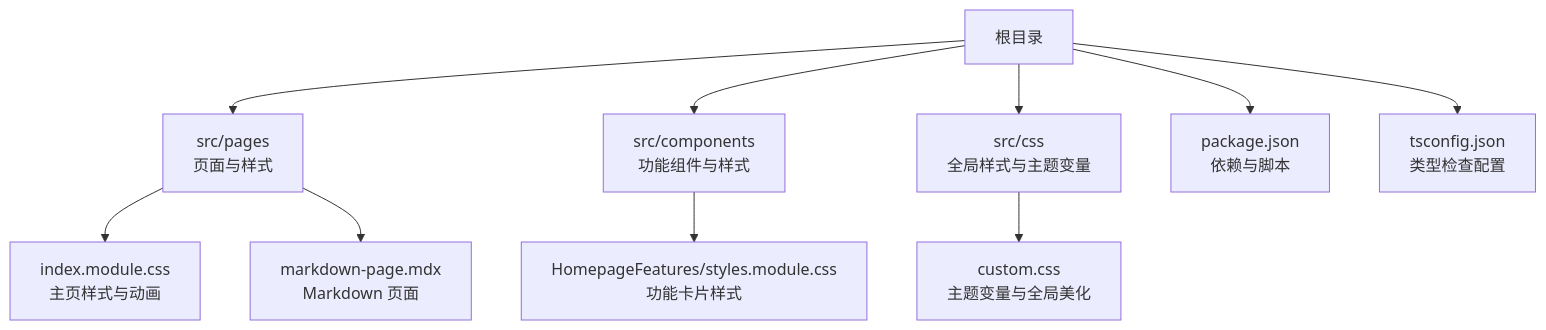
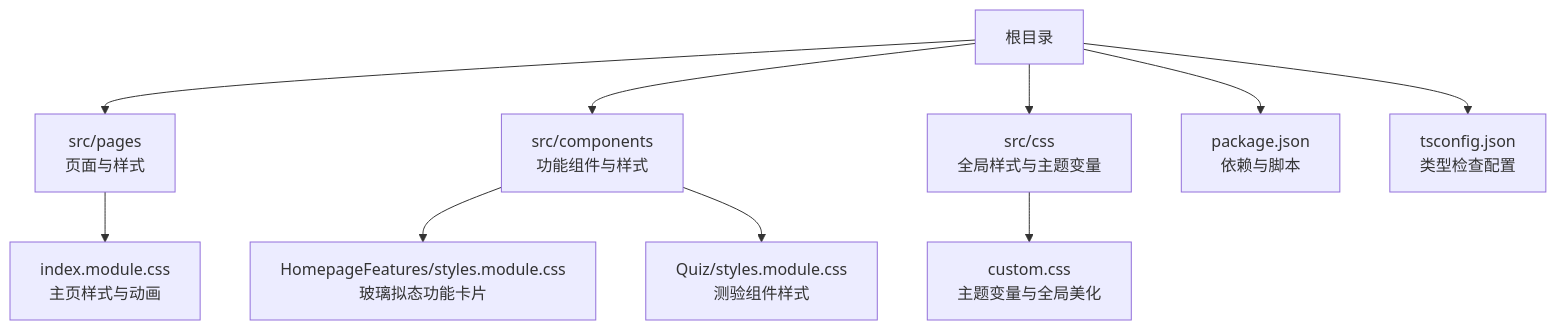
One commit to UnicornXU/knowledge-base changed the first of 6 diagrams in .qoder/repowiki/zh/content/组件系统设计.md. Above: the diagram before and after it, drawn with Mermaid. The commit also changed other lines of this file and 35 other files, not shown here.

````diff
--- a/.qoder/repowiki/zh/content/组件系统设计.md
+++ b/.qoder/repowiki/zh/content/组件系统设计.md
@@ -36,12 +45,12 @@
 ```mermaid
 graph TB
 A["根目录"] --> B["src/pages<br/>页面与样式"]
 A --> C["src/components<br/>功能组件与样式"]
 A --> D["src/css<br/>全局样式与主题变量"]
 A --> E["package.json<br/>依赖与脚本"]
 A --> F["tsconfig.json<br/>类型检查配置"]
 B --> B1["index.module.css<br/>主页样式与动画"]
-B --> B2["markdown-page.mdx<br/>Markdown 页面"]
-C --> C1["HomepageFeatures/styles.module.css<br/>功能卡片样式"]
+C --> C1["HomepageFeatures/styles.module.css<br/>玻璃拟态功能卡片"]
+C --> C2["Quiz/styles.module.css<br/>测验组件样式"]
 D --> D1["custom.css<br/>主题变量与全局美化"]
 ```
````
